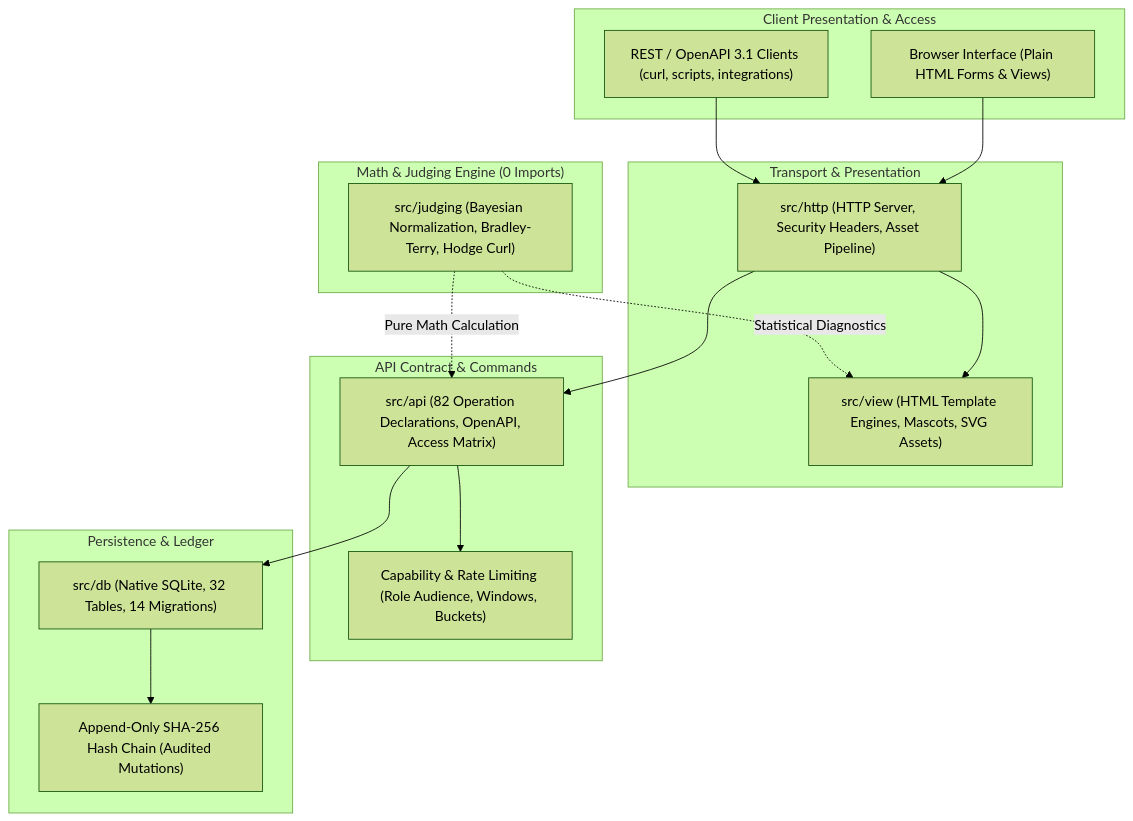
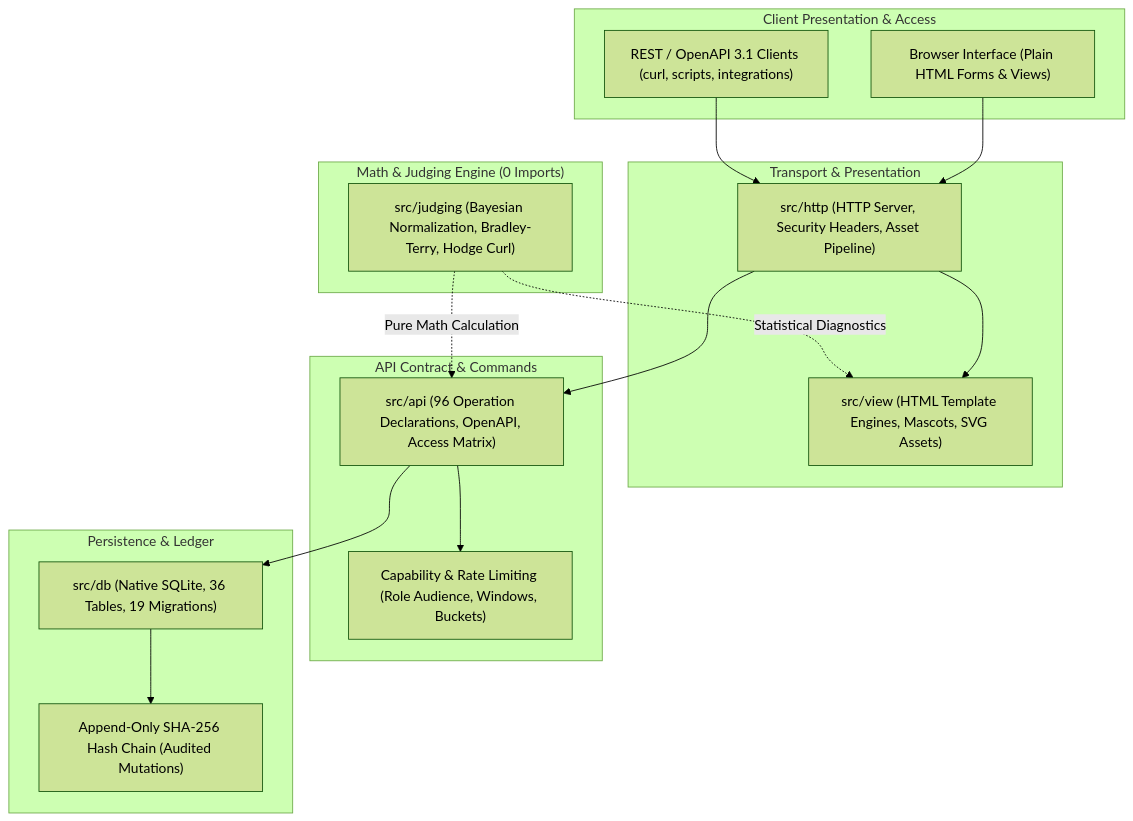
One commit to ewwhardik/manak changed the first of 2 diagrams in docs/ARCHITECTURE.md. Above: the diagram before and after it, drawn with Mermaid (forest theme). The commit also changed other lines of this file and 1 other file, not shown here.

Commit message:
docs: add demo video, system architecture blueprint, element map, and architectural FAQ

````diff
--- a/docs/ARCHITECTURE.md
+++ b/docs/ARCHITECTURE.md
@@ -16,36 +16,36 @@
 ```mermaid
 flowchart TD
   subgraph Client ["Client Presentation & Access"]
     Browser["Browser Interface (Plain HTML Forms & Views)"]
     APIClient["REST / OpenAPI 3.1 Clients (curl, scripts, integrations)"]
   end
 
   subgraph PresentationLayer ["Transport & Presentation"]
     HTTP["src/http (HTTP Server, Security Headers, Asset Pipeline)"]
     VIEW["src/view (HTML Template Engines, Mascots, SVG Assets)"]
   end
 
   subgraph APILayer ["API Contract & Commands"]
-    API["src/api (82 Operation Declarations, OpenAPI, Access Matrix)"]
+    API["src/api (96 Operation Declarations, OpenAPI, Access Matrix)"]
     CAP["Capability & Rate Limiting (Role Audience, Windows, Buckets)"]
   end
 
   subgraph StorageLayer ["Persistence & Ledger"]
-    DB["src/db (Native SQLite, 32 Tables, 14 Migrations)"]
+    DB["src/db (Native SQLite, 36 Tables, 19 Migrations)"]
     LEDGER["Append-Only SHA-256 Hash Chain (Audited Mutations)"]
   end
 
   subgraph EngineLayer ["Math & Judging Engine (0 Imports)"]
     JUDGE["src/judging (Bayesian Normalization, Bradley-Terry, Hodge Curl)"]
   end
 
   Browser --> HTTP
   APIClient --> HTTP
   HTTP --> API
   HTTP --> VIEW
   API --> CAP
   API --> DB
   DB --> LEDGER
   JUDGE -.->|"Pure Math Calculation"| API
   JUDGE -.->|"Statistical Diagnostics"| VIEW
 ```
````
